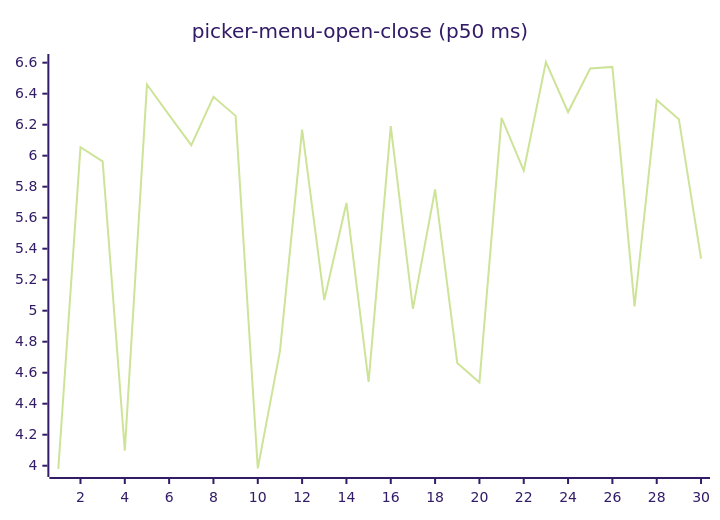
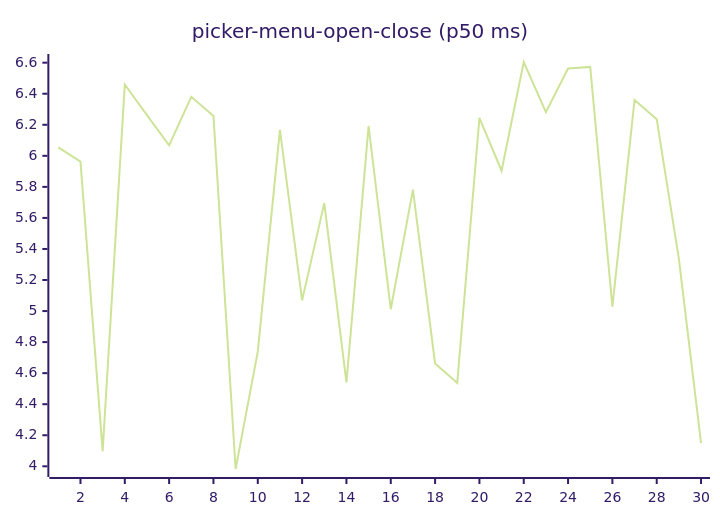
Before and after one commit to josha/Facet: diagram 16 of 27 in README.md, drawn with Mermaid (forest theme). The commit also changed other lines of this file and 2 other files, not shown here.

````diff
--- a/README.md
+++ b/README.md
@@ -168,6 +168,6 @@
 ```mermaid
 xychart-beta
     title "picker-menu-open-close (p50 ms)"
     x-axis 1 --> 30
-    line [3.9788, 6.0543, 5.9629, 4.0972, 6.4594, 6.2618, 6.0678, 6.3801, 6.2569, 3.9826, 4.7388, 6.1676, 5.0690, 5.6954, 4.5402, 6.1912, 5.0120, 5.7822, 4.6627, 4.5372, 6.2442, 5.9038, 6.6044, 6.2815, 6.5623, 6.5728, 5.0278, 6.3599, 6.2355, 5.3362]
+    line [6.0543, 5.9629, 4.0972, 6.4594, 6.2618, 6.0678, 6.3801, 6.2569, 3.9826, 4.7388, 6.1676, 5.0690, 5.6954, 4.5402, 6.1912, 5.0120, 5.7822, 4.6627, 4.5372, 6.2442, 5.9038, 6.6044, 6.2815, 6.5623, 6.5728, 5.0278, 6.3599, 6.2355, 5.3362, 4.1492]
 ```
````
